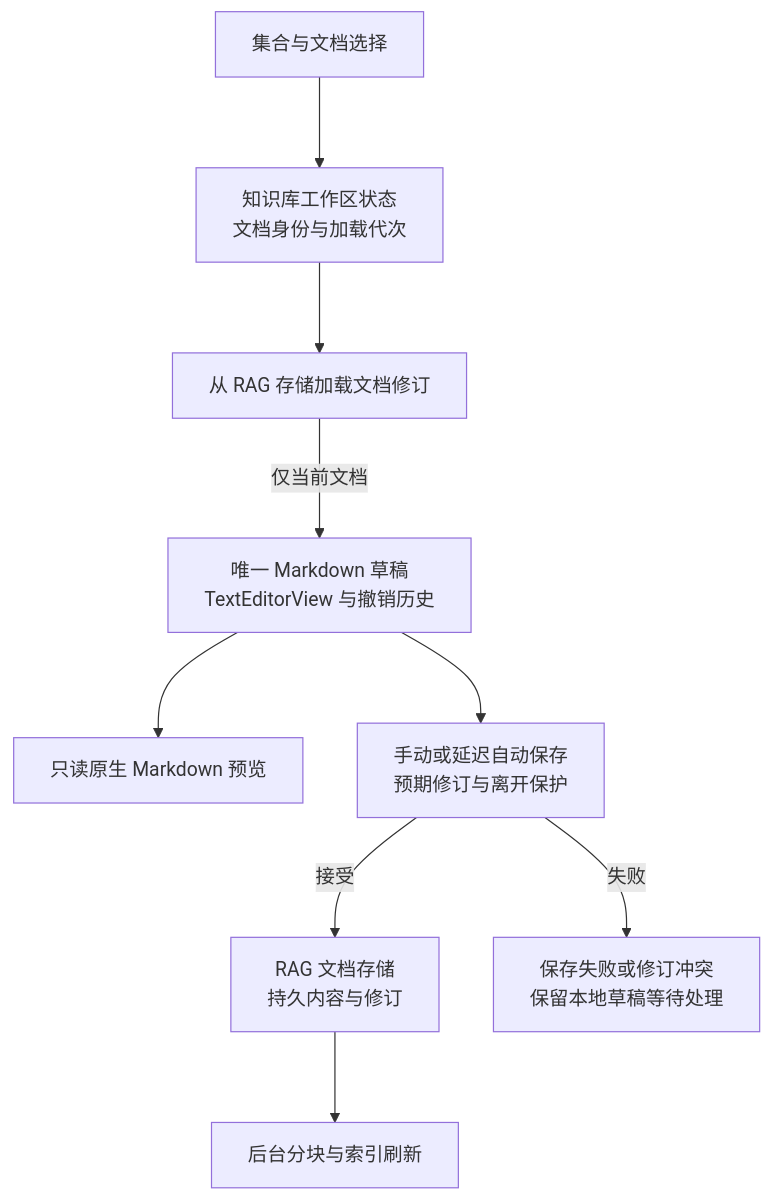
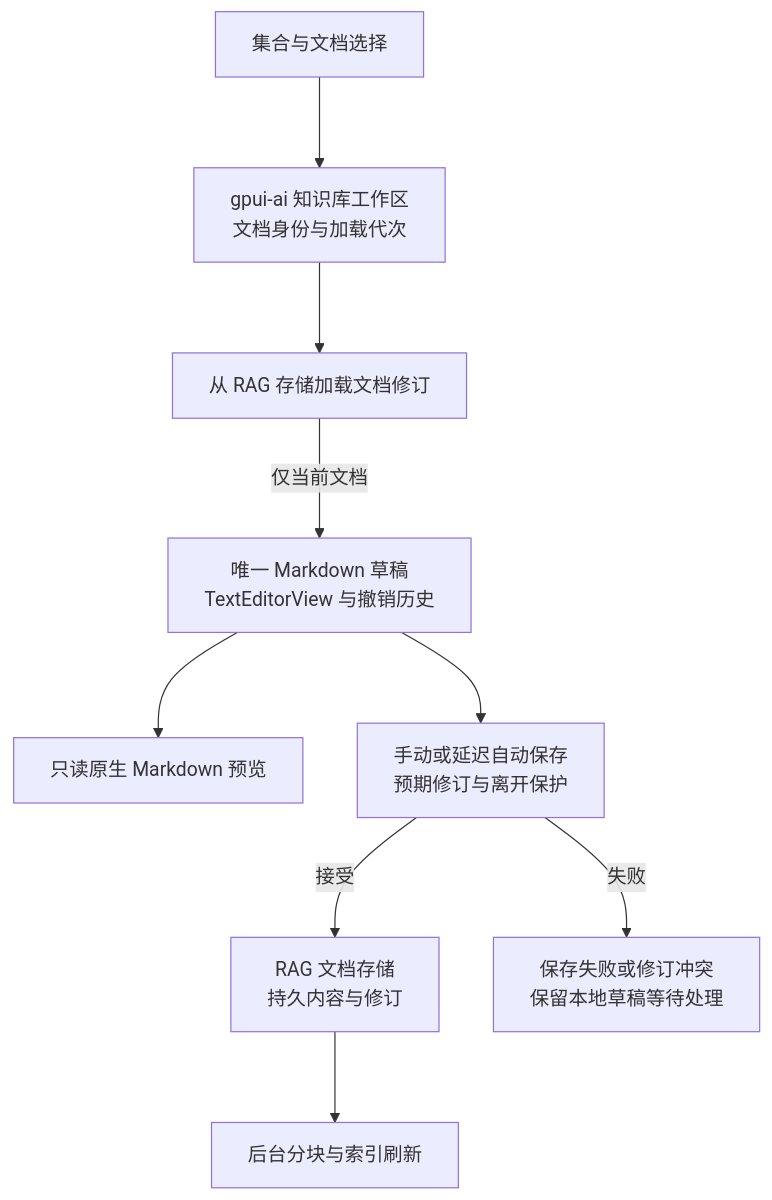
Before and after one commit to AnalyseDeCircuit/oxideterm: the eighth of 46 diagrams in docs/user-guide/zh-Hans/architecture.md, drawn with Mermaid. The commit also changed other lines of this file and 26 other files, not shown here.

````diff
--- a/docs/user-guide/zh-Hans/architecture.md
+++ b/docs/user-guide/zh-Hans/architecture.md
@@ -631,22 +631,22 @@
 ```mermaid
 %%{init: {"layout": "dagre", "flowchart": {"nodeSpacing": 45, "rankSpacing": 75, "curve": "basis"}}}%%
 flowchart TB
     Select["集合与文档选择"]
-    Owner["知识库工作区状态<br/>文档身份与加载代次"]
+    Owner["gpui-ai 知识库工作区<br/>文档身份与加载代次"]
     Load["从 RAG 存储加载文档修订"]
     Draft["唯一 Markdown 草稿<br/>TextEditorView 与撤销历史"]
     Preview["只读原生 Markdown 预览"]
     Save["手动或延迟自动保存<br/>预期修订与离开保护"]
     Store["RAG 文档存储<br/>持久内容与修订"]
     Index["后台分块与索引刷新"]
     Conflict["保存失败或修订冲突<br/>保留本地草稿等待处理"]
 
     Select --> Owner
     Owner --> Load
     Load -->|仅当前文档| Draft
     Draft --> Preview
     Draft --> Save
     Save -->|接受| Store
     Save -->|失败| Conflict
     Store --> Index
 ```
````
